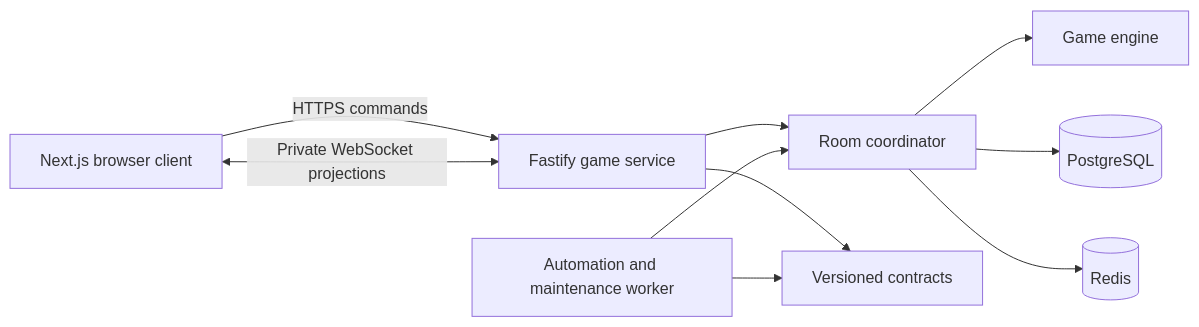
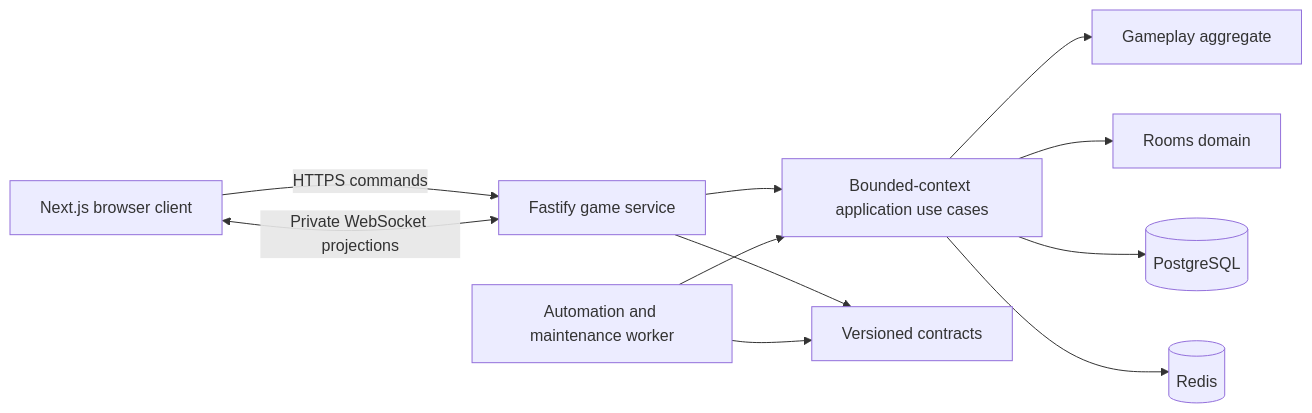
The diagram in docs/technical/09_ARCHITECTURE.md (DiLRandI/304), drawn with Mermaid before and after one commit. The commit also changed other lines of this file and 2 other files, not shown here.

Commit message:
docs(architecture): record gameplay cutover

````diff
--- a/docs/technical/09_ARCHITECTURE.md
+++ b/docs/technical/09_ARCHITECTURE.md
@@ -20,12 +20,13 @@
 ```mermaid
 flowchart LR
   Browser[Next.js browser client] -->|HTTPS commands| API[Fastify game service]
   Browser <-->|Private WebSocket projections| API
-  API --> Coordinator[Room coordinator]
-  Worker[Automation and maintenance worker] --> Coordinator
-  Coordinator --> Engine[Game engine]
-  Coordinator --> DB[(PostgreSQL)]
-  Coordinator --> Redis[(Redis)]
+  API --> UseCases[Bounded-context application use cases]
+  Worker[Automation and maintenance worker] --> UseCases
+  UseCases --> Gameplay[Gameplay aggregate]
+  UseCases --> Rooms[Rooms domain]
+  UseCases --> DB[(PostgreSQL)]
+  UseCases --> Redis[(Redis)]
   API --> Contracts[Versioned contracts]
   Worker --> Contracts
 ```
````
